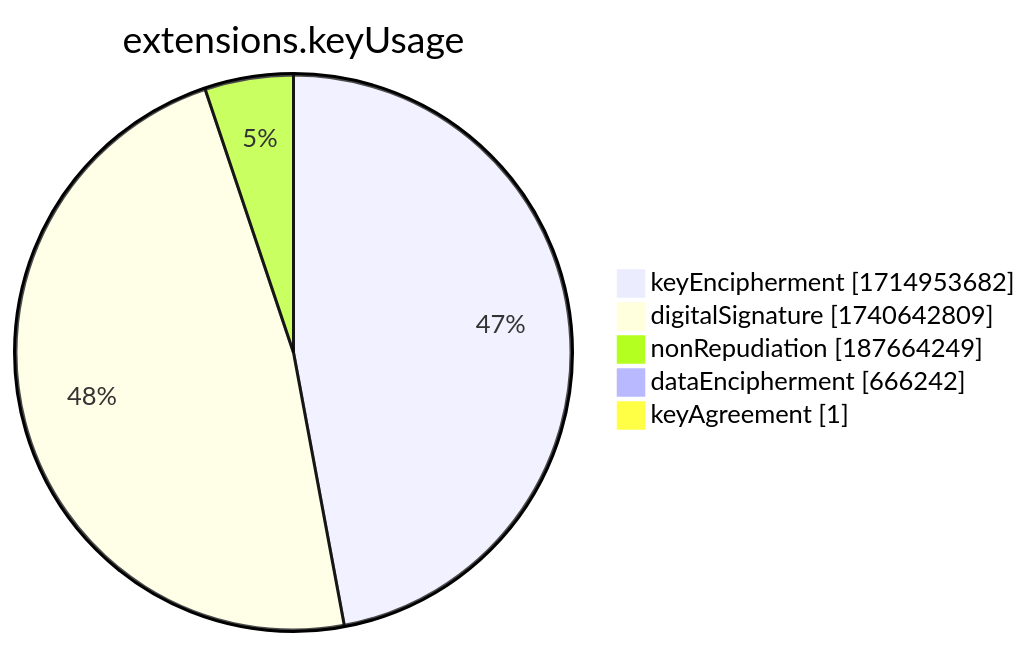
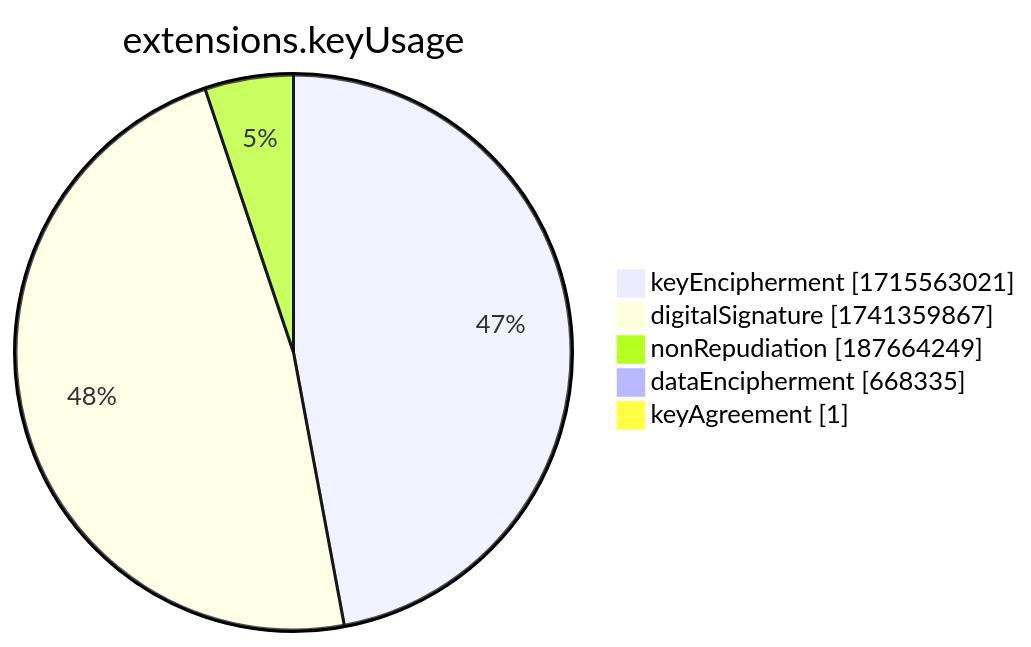
One commit to christiankrug/ctmonitor_visualization changed the seventh of 15 diagrams in xenon2022/README.md. Above: the diagram before and after it, drawn with Mermaid. The commit also changed other lines of this file, not shown here.

````diff
--- a/xenon2022/README.md
+++ b/xenon2022/README.md
@@ -2858,9 +2858,9 @@
 ```mermaid
 pie showData
 title extensions.keyUsage
-"keyEncipherment" :1714953682
-"digitalSignature" :1740642809
+"keyEncipherment" :1715563021
+"digitalSignature" :1741359867
 "nonRepudiation" :187664249
-"dataEncipherment" :666242
+"dataEncipherment" :668335
 "keyAgreement" :1
 ```
````
